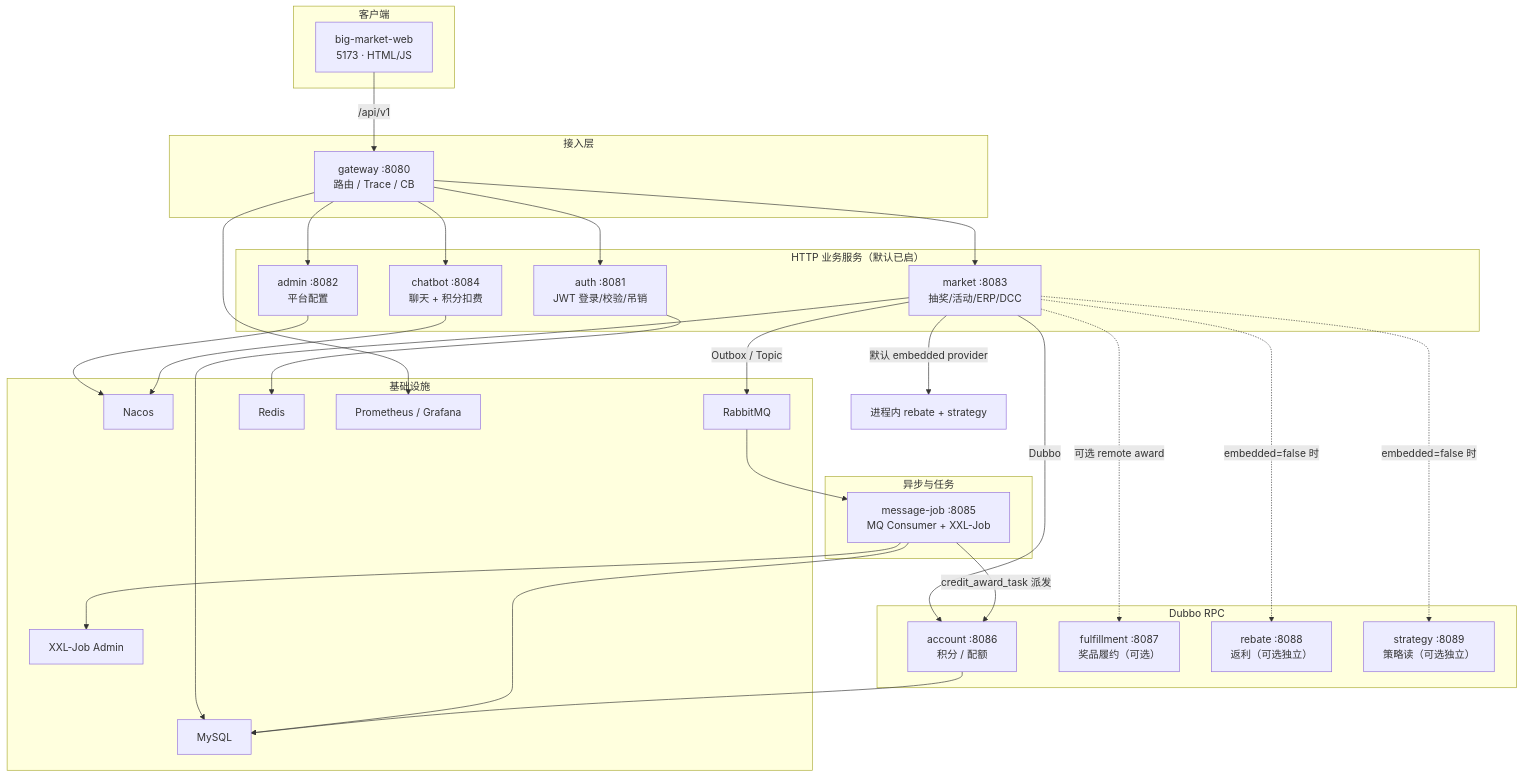
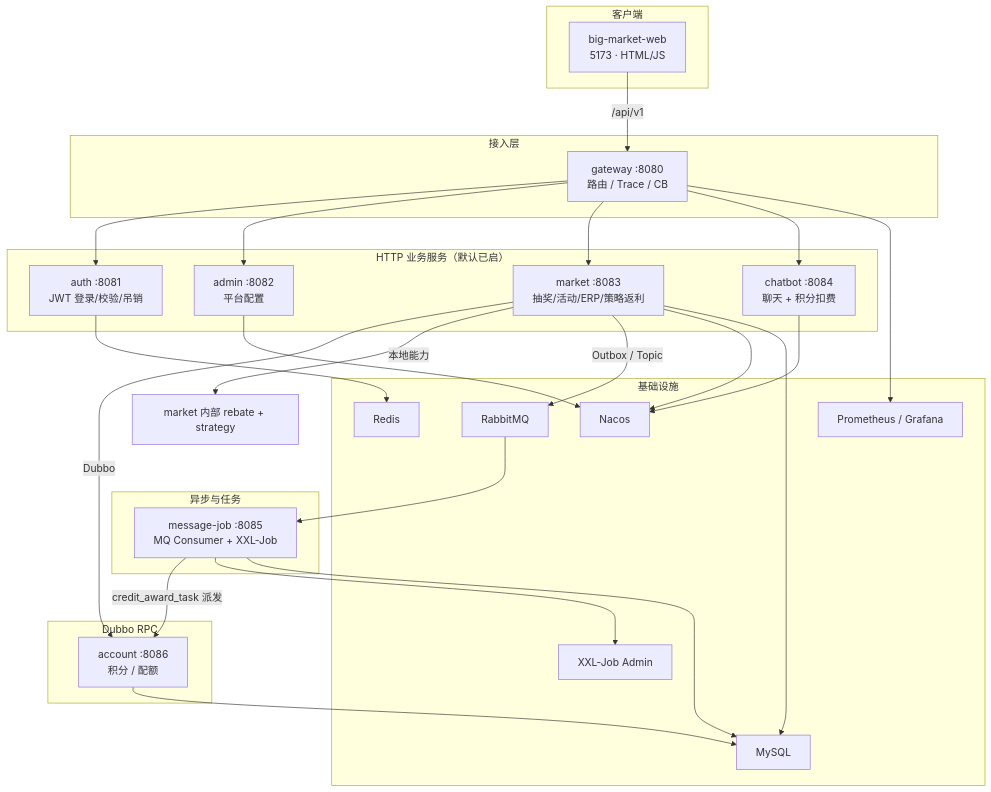
The first of 6 diagrams in Projects/BigMarket/微服务.md (dyxnb22/Note), drawn with Mermaid before and after one commit. The commit also changed other lines of this file and 10 other files, not shown here.

````diff
--- a/Projects/BigMarket/微服务.md
+++ b/Projects/BigMarket/微服务.md
@@ -3,62 +5,57 @@
 ```mermaid
 flowchart TB
     subgraph Client["客户端"]
         Web["big-market-web<br/>5173 · HTML/JS"]
     end
 
     subgraph Edge["接入层"]
         GW["gateway :8080<br/>路由 / Trace / CB"]
     end
 
     subgraph HTTP["HTTP 业务服务（默认已启）"]
         Auth["auth :8081<br/>JWT 登录/校验/吊销"]
         Admin["admin :8082<br/>平台配置"]
-        Market["market :8083<br/>抽奖/活动/ERP/DCC"]
+        Market["market :8083<br/>抽奖/活动/ERP/策略返利"]
         Chat["chatbot :8084<br/>聊天 + 积分扣费"]
     end
 
     subgraph Async["异步与任务"]
         MJ["message-job :8085<br/>MQ Consumer + XXL-Job"]
     end
 
     subgraph RPC["Dubbo RPC"]
         Account["account :8086<br/>积分 / 配额"]
-        Ful["fulfillment :8087<br/>奖品履约（可选）"]
-        Rebate["rebate :8088<br/>返利（可选独立）"]
-        Strat["strategy :8089<br/>策略读（可选独立）"]
     end
 
     subgraph Infra["基础设施"]
         Nacos["Nacos"]
         MQ["RabbitMQ"]
         XXL["XXL-Job Admin"]
         MySQL["MySQL"]
         Redis["Redis"]
         Obs["Prometheus / Grafana"]
     end
 
     Web -->|/api/v1| GW
     GW --> Auth
     GW --> Admin
     GW --> Market
     GW --> Chat
 
     Market -->|Dubbo| Account
-    Market -.->|可选 remote award| Ful
-    Market -->|默认 embedded provider| Emb["进程内 rebate + strategy"]
-    Market -.->|embedded=false 时| Rebate
-    Market -.->|embedded=false 时| Strat
+    Market -->|本地能力| Local["market 内部 rebate + strategy"]
 
     Market -->|Outbox / Topic| MQ
     MQ --> MJ
     MJ -->|credit_award_task 派发| Account
     MJ --> XXL
 
     Auth --> Redis
     Admin --> Nacos
     Chat --> Nacos
+    Market --> Nacos
     Market --> MySQL
     MJ --> MySQL
     Account --> MySQL
     GW --> Obs
 ```
````
